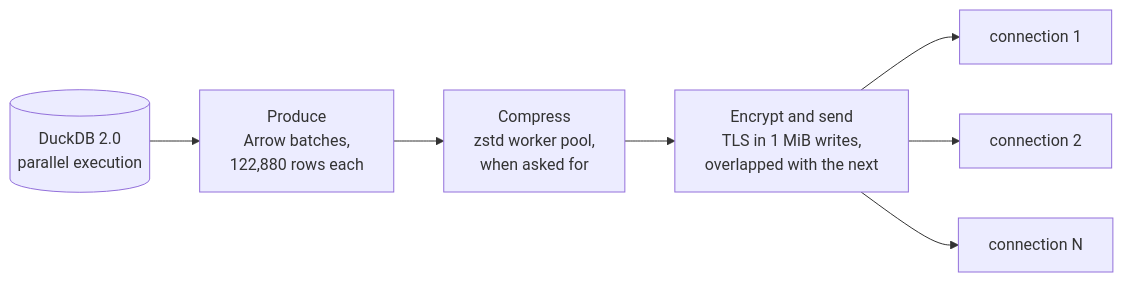
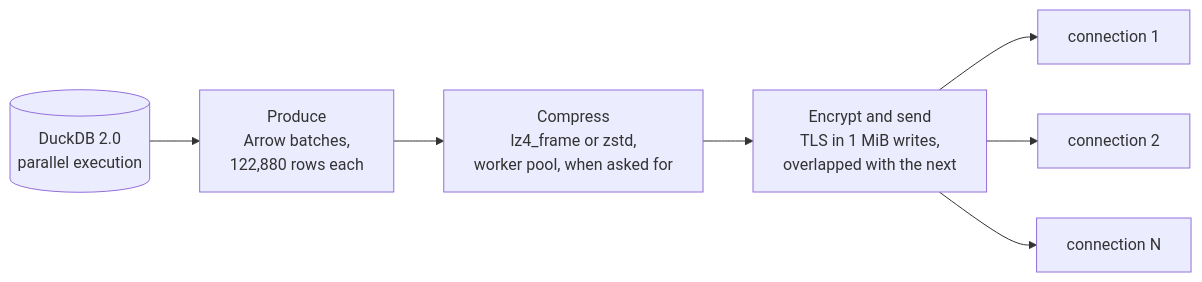
Before and after one commit to gizmodata/hardcharger: the first of 2 diagrams in README.md, drawn with Mermaid. The commit also changed other lines of this file and 7 other files, not shown here.

````diff
--- a/README.md
+++ b/README.md
@@ -114,9 +114,9 @@
 ```mermaid
 flowchart LR
   D[(DuckDB 2.0<br/>parallel execution)] --> P[Produce<br/>Arrow batches,<br/>122,880 rows each]
-  P --> Z[Compress<br/>zstd worker pool,<br/>when asked for]
+  P --> Z[Compress<br/>lz4_frame or zstd,<br/>worker pool, when asked for]
   Z --> T[Encrypt and send<br/>TLS in 1 MiB writes,<br/>overlapped with the next]
   T --> C1[connection 1]
   T --> C2[connection 2]
   T --> CN[connection N]
 ```
````
